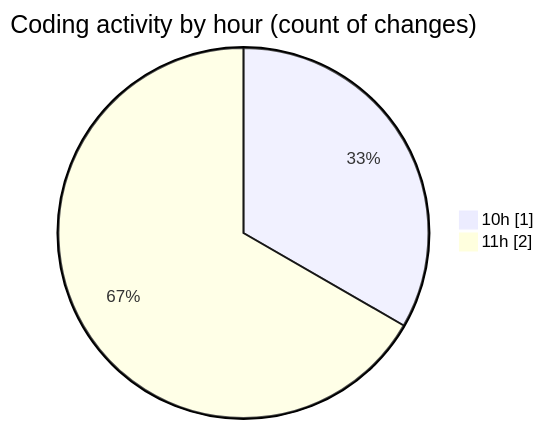
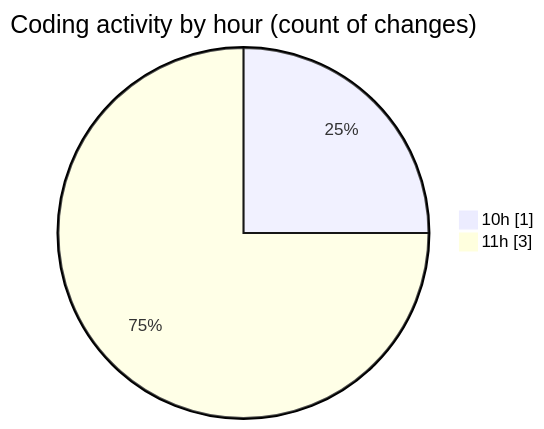
Before and after one commit to nxtqubesakshisongat/code-tracking: the second of 2 diagrams in 2025-11-14/argos/README.md, drawn with Mermaid. The commit also changed other lines of this file and 1 other file, not shown here.

````diff
--- a/2025-11-14/argos/README.md
+++ b/2025-11-14/argos/README.md
@@ -31,6 +32,6 @@
 ```mermaid
 pie showData
 title Coding activity by hour (count of changes)
 "10h" : 1
-"11h" : 2
+"11h" : 3
 ```
````
